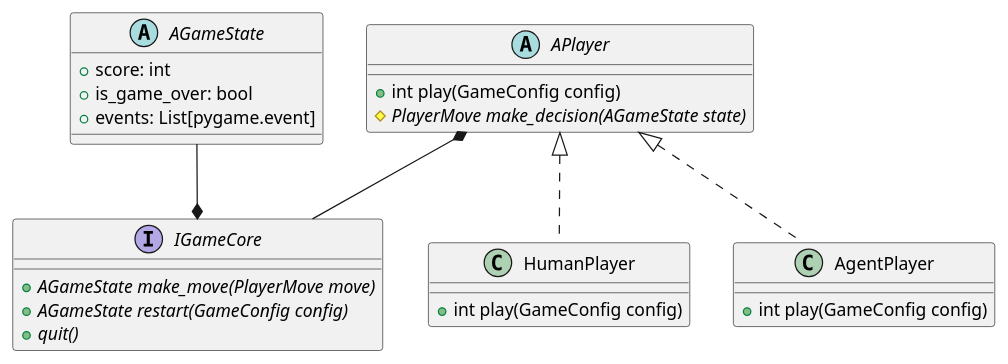
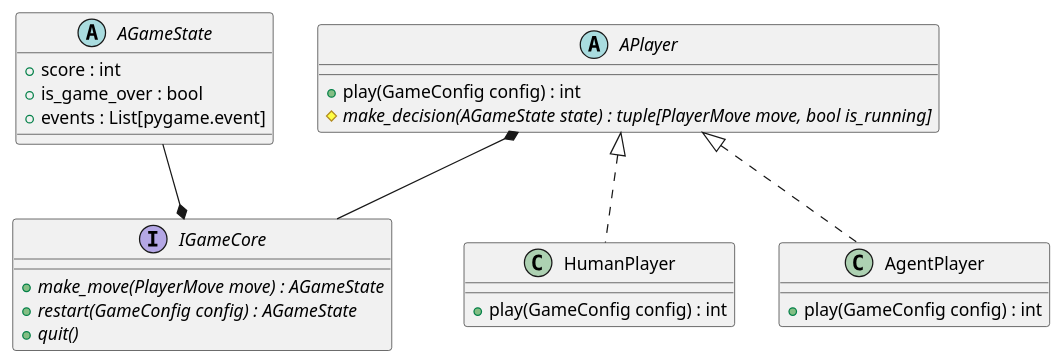
Before and after one commit to lzajka/gra-RL: the first of 2 diagrams in docs/source_code/index.rst, drawn with PlantUML. The commit also changed other lines of this file, not shown here.

Commit message:
docs: poprawki w diagramach ogólnych

```diff
--- a/docs/source_code/index.rst
+++ b/docs/source_code/index.rst
@@ -22,29 +22,29 @@
 .. uml::
 
     abstract class AGameState {
-        + score: int
-        + is_game_over: bool
-        + events: List[pygame.event]
+        + score : int
+        + is_game_over : bool
+        + events : List[pygame.event]
     }
 
     interface IGameCore {
-    + {abstract} AGameState make_move(PlayerMove move)
-    + {abstract} AGameState restart(GameConfig config)
+    + {abstract} make_move(PlayerMove move) : AGameState
+    + {abstract} restart(GameConfig config) : AGameState
     + {abstract} quit()
     }
 
     abstract APlayer {
-    + int play(GameConfig config)
-    # {abstract} PlayerMove make_decision(AGameState state)
+    + play(GameConfig config) : int
+    # {abstract} make_decision(AGameState state) : tuple[PlayerMove move, bool is_running] 
     }
 
     class HumanPlayer implements APlayer {
-    + int play(GameConfig config)
+    + play(GameConfig config) : int
     }
 
     class AgentPlayer implements APlayer {
-    + int play(GameConfig config)
+    + play(GameConfig config) : int
     }    
 
     APlayer *-- IGameCore
     AGameState --* IGameCore
```
